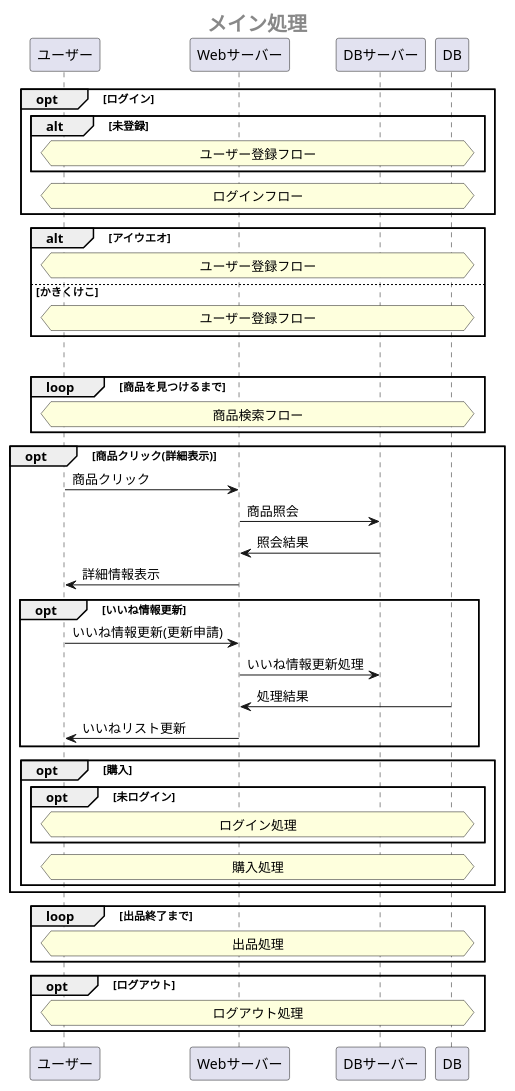
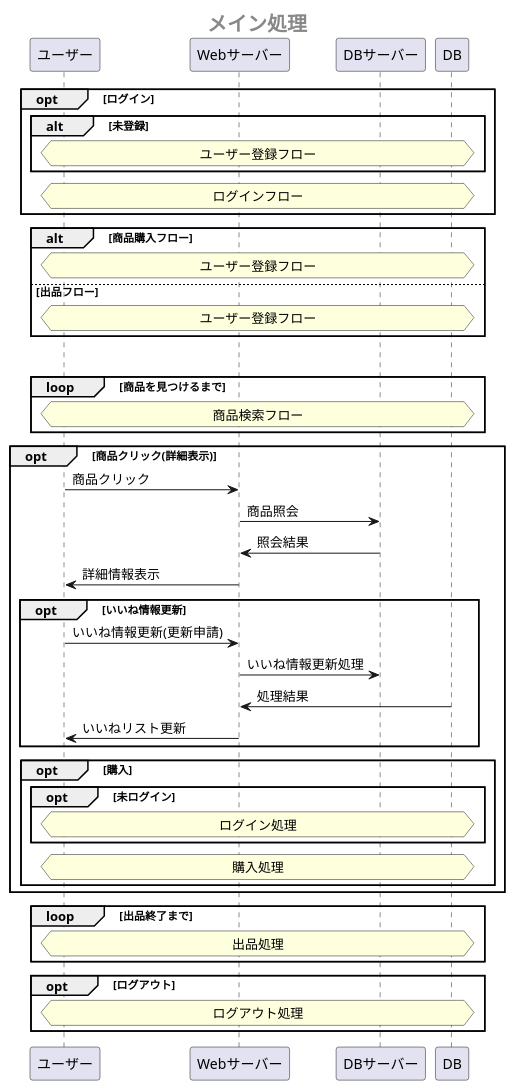
Before and after one commit to Aso2001385/NAISA: the first of 7 diagrams in 設計書/02_業務フロー/2021-12-22BusinessFlow.md, drawn with PlantUML.

````diff
--- a/設計書/02_業務フロー/2021-12-22BusinessFlow.md
+++ b/設計書/02_業務フロー/2021-12-22BusinessFlow.md
@@ -1,53 +1,53 @@
 ```uml 
 @startuml 
  center header <size:20><b>メイン処理</b></size>
 
  opt ログイン
   alt 未登録
   hnote across: ユーザー登録フロー
   end
   hnote across: ログインフロー
  end
  
- alt アイウエオ
+ alt 商品購入フロー
    hnote across: ユーザー登録フロー
- else かきくけこ
+ else 出品フロー
    hnote across: ユーザー登録フロー
  end
 
  loop 購入処理成功まで
   loop 商品を見つけるまで
    hnote across: 商品検索フロー
   end
 
  opt 商品クリック(詳細表示)
 ユーザー -> Webサーバー : 商品クリック
 Webサーバー -> DBサーバー : 商品照会
 DBサーバー -> Webサーバー : 照会結果
 Webサーバー -> ユーザー : 詳細情報表示
 
   opt いいね情報更新
    ユーザー -> Webサーバー:いいね情報更新(更新申請)
    Webサーバー -> DBサーバー:いいね情報更新処理
    DB -> Webサーバー:処理結果
    Webサーバー -> ユーザー:いいねリスト更新
   end
 
   opt 購入
    opt 未ログイン
      hnote across: ログイン処理
    end
    hnote across: 購入処理
   end
 
  end
  
  loop 出品終了まで
   hnote across: 出品処理
  end
 
  opt ログアウト
   hnote across: ログアウト処理
  end
 @enduml
 ```
````
